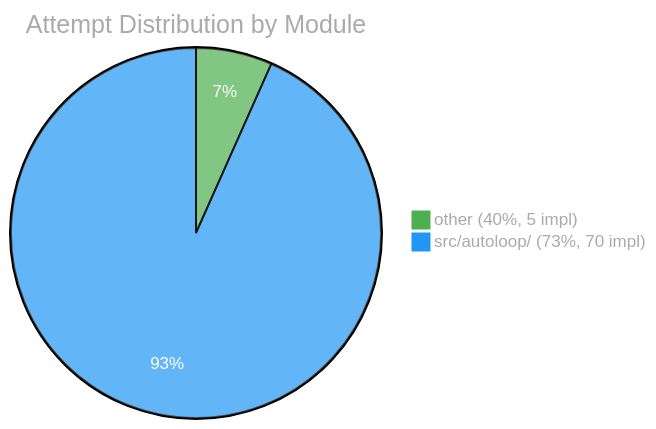
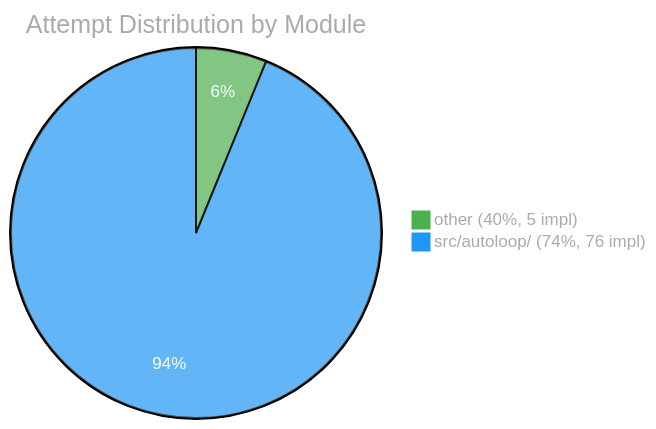
Before and after one commit to Sanctum-Origo-Systems/autoloop: the third of 3 diagrams in EVAL.md, drawn with Mermaid. The commit also changed other lines of this file and 1 other file, not shown here.

````diff
--- a/EVAL.md
+++ b/EVAL.md
@@ -50,6 +52,6 @@
 ```mermaid
 %%{init: {'theme': 'base', 'themeVariables': {'pie1': '#4CAF50', 'pie2': '#2196F3', 'pie3': '#FF9800', 'pie4': '#E91E63', 'pie5': '#9C27B0', 'pie6': '#00BCD4', 'pieTitleTextColor': '#aaa', 'pieLegendTextColor': '#aaa', 'pieSectionTextColor': '#fff'}}}%%
 pie title Attempt Distribution by Module
     "other (40%, 5 impl)" : 5
-    "src/autoloop/ (73%, 70 impl)" : 70
+    "src/autoloop/ (74%, 76 impl)" : 76
 ```
````
